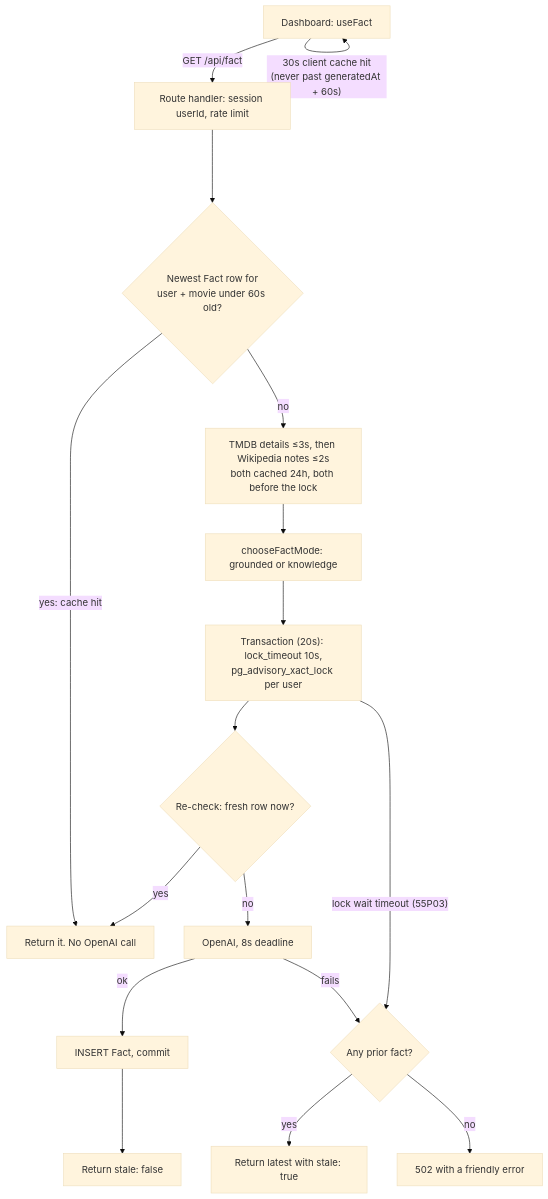
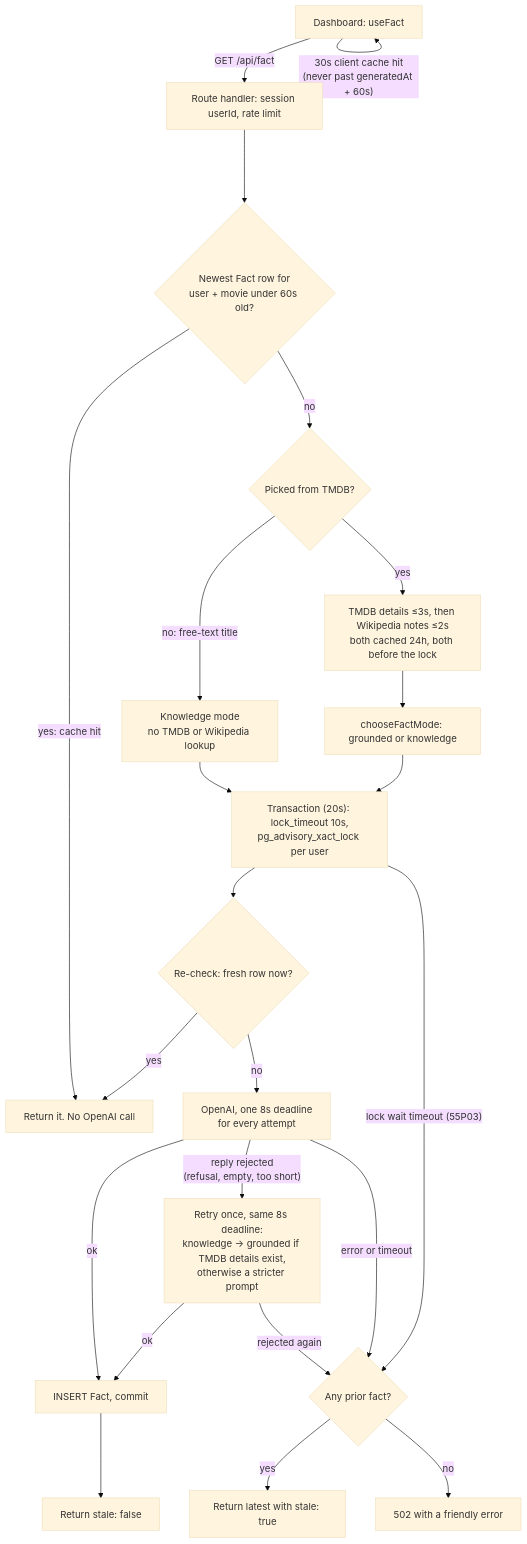
The diagram in README.md (adarsh1477/movie-memory), drawn with Mermaid (base theme) before and after one commit.

Commit message:
docs: add free-text and retry paths to the flow diagram

````diff
--- a/README.md
+++ b/README.md
@@ -110,17 +110,23 @@
 ```mermaid
 flowchart TD
   C[Dashboard: useFact] -->|"30s client cache hit<br/>(never past generatedAt + 60s)"| C
   C -->|GET /api/fact| R[Route handler: session userId, rate limit]
   R --> Q{"Newest Fact row for<br/>user + movie under 60s old?"}
   Q -->|yes: cache hit| H[Return it. No OpenAI call]
-  Q -->|no| T[TMDB details ≤3s, then Wikipedia notes ≤2s<br/>both cached 24h, both before the lock]
+  Q -->|no| FT{"Picked from TMDB?"}
+  FT -->|"no: free-text title"| K[Knowledge mode<br/>no TMDB or Wikipedia lookup]
+  FT -->|yes| T[TMDB details ≤3s, then Wikipedia notes ≤2s<br/>both cached 24h, both before the lock]
   T --> M[chooseFactMode: grounded or knowledge]
+  K --> L
   M --> L["Transaction (20s): lock_timeout 10s,<br/>pg_advisory_xact_lock per user"]
   L --> Q2{"Re-check: fresh row now?"}
   Q2 -->|yes| H
-  Q2 -->|no| O[OpenAI, 8s deadline] -->|ok| I[INSERT Fact, commit] --> OK[Return stale: false]
-  O -->|fails| S{Any prior fact?}
+  Q2 -->|no| O["OpenAI, one 8s deadline<br/>for every attempt"] -->|ok| I[INSERT Fact, commit] --> OK[Return stale: false]
+  O -->|"reply rejected<br/>(refusal, empty, too short)"| RT["Retry once, same 8s deadline:<br/>knowledge → grounded if TMDB details exist,<br/>otherwise a stricter prompt"]
+  RT -->|ok| I
+  RT -->|rejected again| S
+  O -->|"error or timeout"| S{Any prior fact?}
   L -->|"lock wait timeout (55P03)"| S
   S -->|yes| ST[Return latest with stale: true]
   S -->|no| E[502 with a friendly error]
 ```
````
